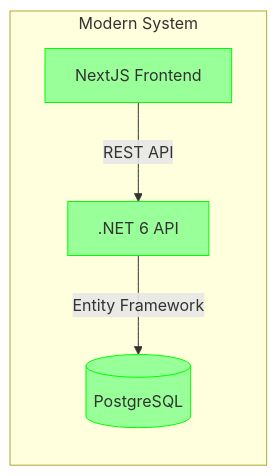
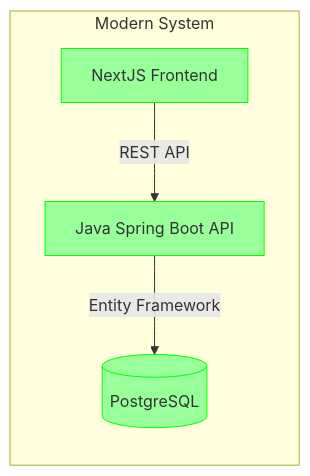
Before and after one commit to ysfcndgr/CustomerManagementRPG: the second of 2 diagrams in README.md, drawn with Mermaid.

````diff
--- a/README.md
+++ b/README.md
@@ -22,10 +22,10 @@
 ```mermaid
 graph LR
     subgraph "Modern System"
-        D[NextJS Frontend] -->|REST API| E[.NET 6 API]
+        D[NextJS Frontend] -->|REST API| E[Java Spring Boot API]
         E -->|Entity Framework| F[(PostgreSQL)]
         style D fill:#99ff99,stroke:#00ff00
         style E fill:#99ff99,stroke:#00ff00
         style F fill:#99ff99,stroke:#00ff00
     end
 ```
````
